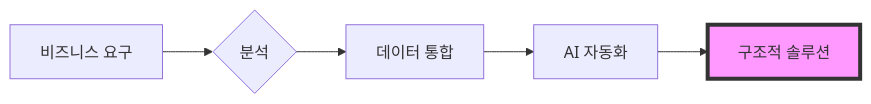
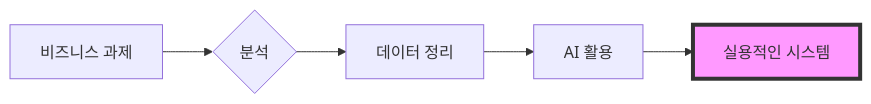
One commit to welltilln/welltilln changed the diagram in docs/README-KO.md. Above: the diagram before and after it, drawn with Mermaid. The commit also changed other lines of this file and 3 other files, not shown here.

````diff
--- a/docs/README-KO.md
+++ b/docs/README-KO.md
@@ -116,9 +112,9 @@
 ```mermaid
 graph LR
-    A[비즈니스 요구] --> B{분석}
-    B --> C[데이터 통합]
-    C --> D[AI 자동화]
-    D --> E[구조적 솔루션]
+    A[비즈니스 과제] --> B{분석}
+    B --> C[데이터 정리]
+    C --> D[AI 활용]
+    D --> E[실용적인 시스템]
     
     style E fill:#f9f,stroke:#333,stroke-width:4px
 ```
````
